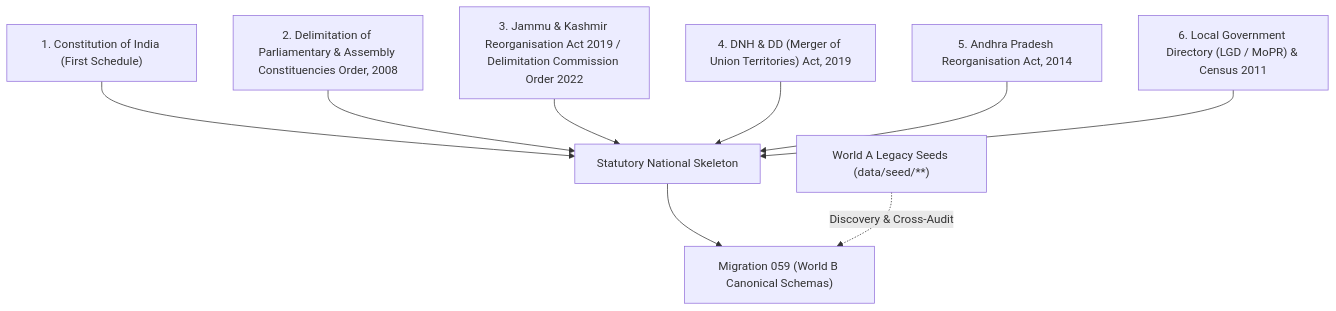
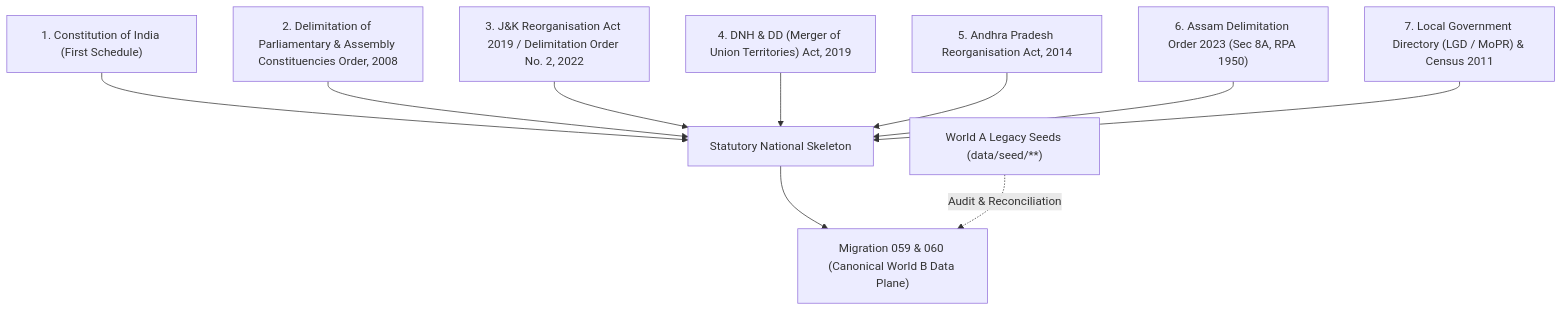
The first of 2 diagrams in docs/W021.5-B1-NATIONAL-CONSTITUENCY-CANONICALIZATION.md (kshetra-app/Kshetra), drawn with Mermaid before and after one commit. The commit also changed other lines of this file and 11 other files, not shown here.

````diff
--- a/docs/W021.5-B1-NATIONAL-CONSTITUENCY-CANONICALIZATION.md
+++ b/docs/W021.5-B1-NATIONAL-CONSTITUENCY-CANONICALIZATION.md
@@ -38,11 +39,12 @@
 ```mermaid
 flowchart TD
     S1["1. Constitution of India (First Schedule)"] --> CORE["Statutory National Skeleton"]
     S2["2. Delimitation of Parliamentary & Assembly Constituencies Order, 2008"] --> CORE
-    S3["3. Jammu & Kashmir Reorganisation Act 2019 / Delimitation Commission Order 2022"] --> CORE
+    S3["3. J&K Reorganisation Act 2019 / Delimitation Order No. 2, 2022"] --> CORE
     S4["4. DNH & DD (Merger of Union Territories) Act, 2019"] --> CORE
     S5["5. Andhra Pradesh Reorganisation Act, 2014"] --> CORE
-    S6["6. Local Government Directory (LGD / MoPR) & Census 2011"] --> CORE
-    CORE --> B1["Migration 059 (World B Canonical Schemas)"]
-    LEGACY["World A Legacy Seeds (data/seed/**)"] -.->|Discovery & Cross-Audit| B1
+    S6["6. Assam Delimitation Order 2023 (Sec 8A, RPA 1950)"] --> CORE
+    S7["7. Local Government Directory (LGD / MoPR) & Census 2011"] --> CORE
+    CORE --> B1["Migration 059 & 060 (Canonical World B Data Plane)"]
+    LEGACY["World A Legacy Seeds (data/seed/**)"] -.->|Audit & Reconciliation| B1
 ```
````
